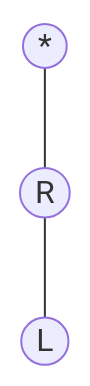
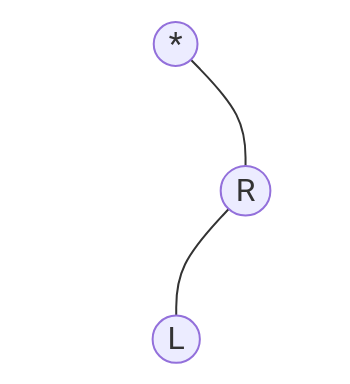
The seventh of 29 diagrams in algorithm/document/tree/binary_tree.md (Leoliu83/chapter2), drawn with Mermaid before and after one commit. The commit also changed other lines of this file and 41 other files, not shown here.

````diff
--- a/algorithm/document/tree/binary_tree.md
+++ b/algorithm/document/tree/binary_tree.md
@@ -81,7 +123,23 @@
 ```mermaid
 graph TB
 A((*))
 B((R))
 C((L))
-A---B---C
+empty1(( ))
+empty2(( ))
+empty3(( ))
+A---empty1
+A---B
+empty1---empty3
+B---C
+B---empty2
+
+linkStyle 0 stroke:transparent
+style empty1 stroke:transparent,fill:transparent
+
+linkStyle 2 stroke:transparent
+style empty2 stroke:transparent,fill:transparent
+
+linkStyle 4 stroke:transparent
+style empty3 stroke:transparent,fill:transparent
 ```
````
